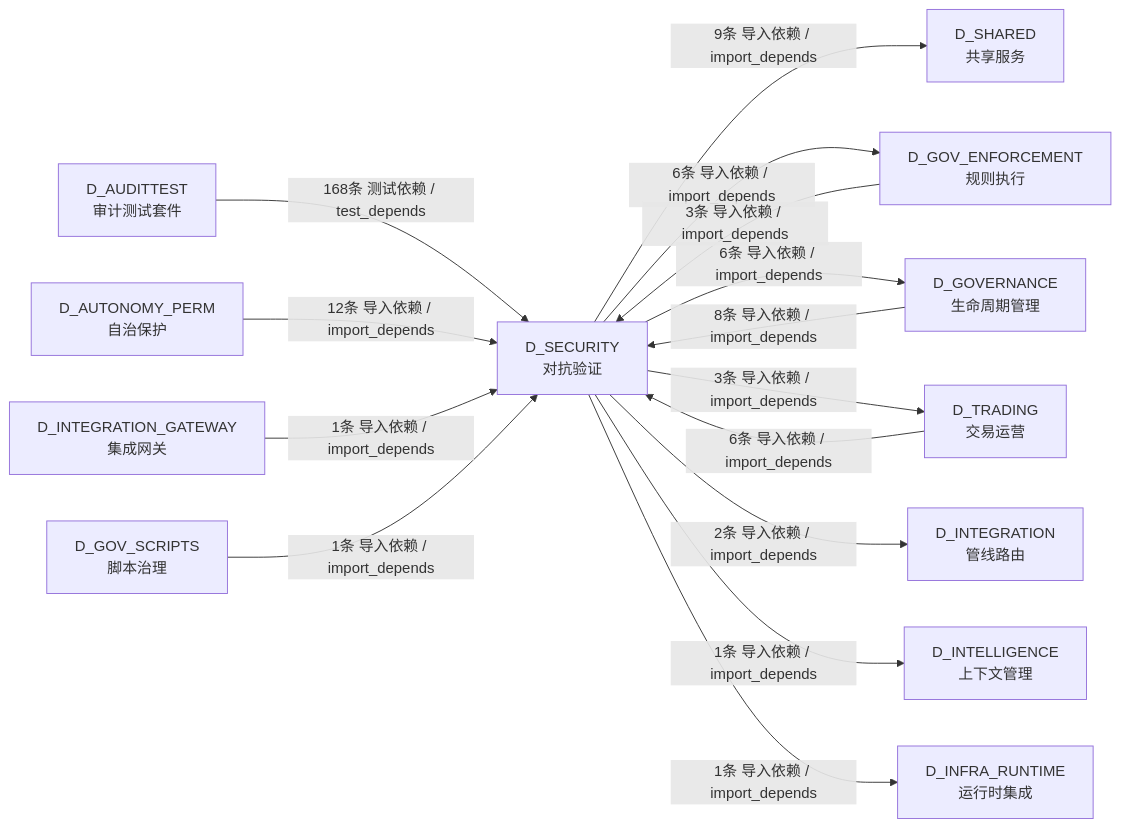
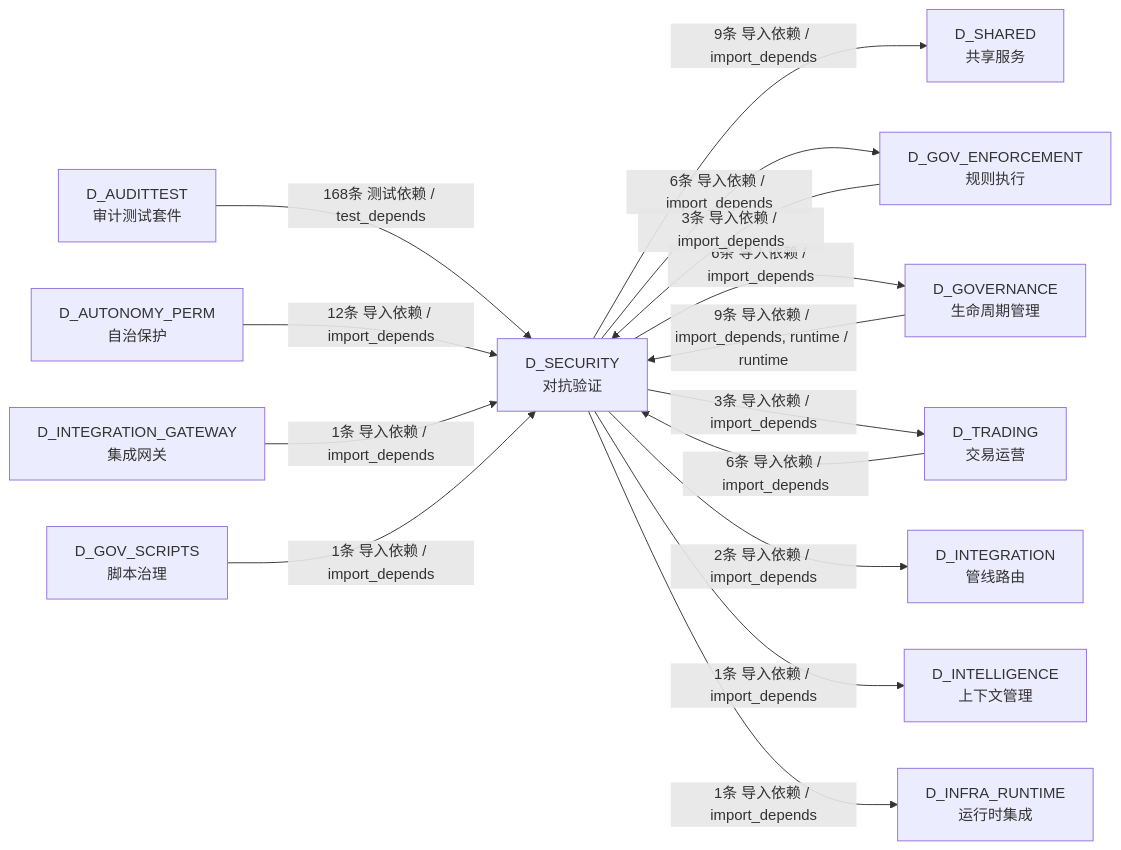
The eighth of 8 diagrams in docs/02_enterprise_architecture/02_domain_architecture_docs/17_d_security.md (xuanFelixVan/ZephyrAlpha), drawn with Mermaid before and after one commit. The commit also changed other lines of this file and 100 other files, not shown here.

````diff
--- a/docs/02_enterprise_architecture/02_domain_architecture_docs/17_d_security.md
+++ b/docs/02_enterprise_architecture/02_domain_architecture_docs/17_d_security.md
@@ -1200,29 +1201,29 @@
 ```mermaid
 graph LR
     D_SECURITY["D_SECURITY<br/>对抗验证"]
     D_SHARED["D_SHARED<br/>共享服务"]
     D_GOV_ENFORCEMENT["D_GOV_ENFORCEMENT<br/>规则执行"]
     D_GOVERNANCE["D_GOVERNANCE<br/>生命周期管理"]
     D_TRADING["D_TRADING<br/>交易运营"]
     D_INTEGRATION["D_INTEGRATION<br/>管线路由"]
     D_INTELLIGENCE["D_INTELLIGENCE<br/>上下文管理"]
     D_INFRA_RUNTIME["D_INFRA_RUNTIME<br/>运行时集成"]
     D_AUDITTEST["D_AUDITTEST<br/>审计测试套件"]
     D_AUTONOMY_PERM["D_AUTONOMY_PERM<br/>自治保护"]
     D_INTEGRATION_GATEWAY["D_INTEGRATION_GATEWAY<br/>集成网关"]
     D_GOV_SCRIPTS["D_GOV_SCRIPTS<br/>脚本治理"]
     D_SECURITY -->|9条 导入依赖 / import_depends| D_SHARED
     D_SECURITY -->|6条 导入依赖 / import_depends| D_GOV_ENFORCEMENT
     D_SECURITY -->|6条 导入依赖 / import_depends| D_GOVERNANCE
     D_SECURITY -->|3条 导入依赖 / import_depends| D_TRADING
     D_SECURITY -->|2条 导入依赖 / import_depends| D_INTEGRATION
     D_SECURITY -->|1条 导入依赖 / import_depends| D_INTELLIGENCE
     D_SECURITY -->|1条 导入依赖 / import_depends| D_INFRA_RUNTIME
     D_AUDITTEST -->|168条 测试依赖 / test_depends| D_SECURITY
     D_AUTONOMY_PERM -->|12条 导入依赖 / import_depends| D_SECURITY
-    D_GOVERNANCE -->|8条 导入依赖 / import_depends| D_SECURITY
+    D_GOVERNANCE -->|9条 导入依赖 / import_depends, runtime / runtime| D_SECURITY
     D_TRADING -->|6条 导入依赖 / import_depends| D_SECURITY
     D_GOV_ENFORCEMENT -->|3条 导入依赖 / import_depends| D_SECURITY
     D_INTEGRATION_GATEWAY -->|1条 导入依赖 / import_depends| D_SECURITY
     D_GOV_SCRIPTS -->|1条 导入依赖 / import_depends| D_SECURITY
 ```
````
